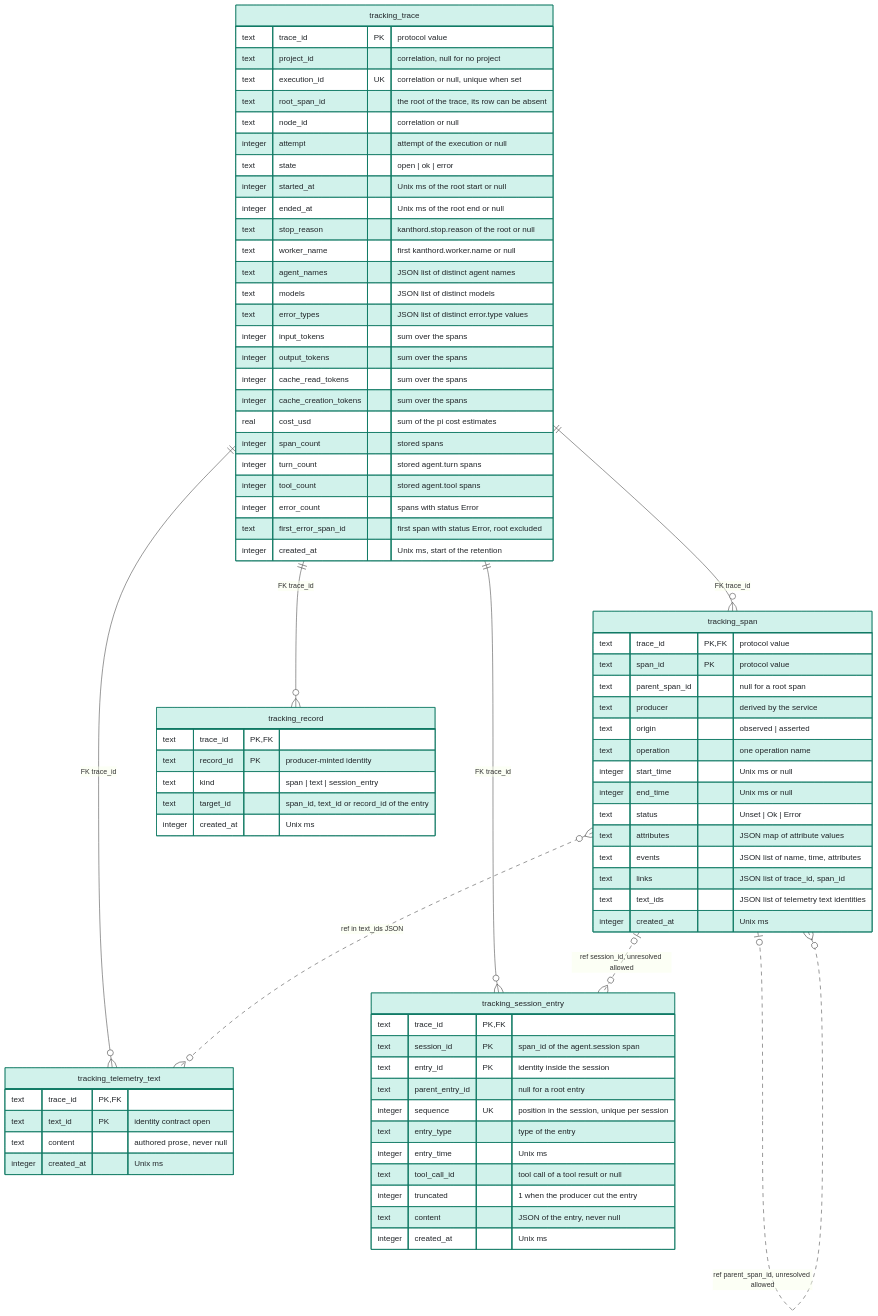
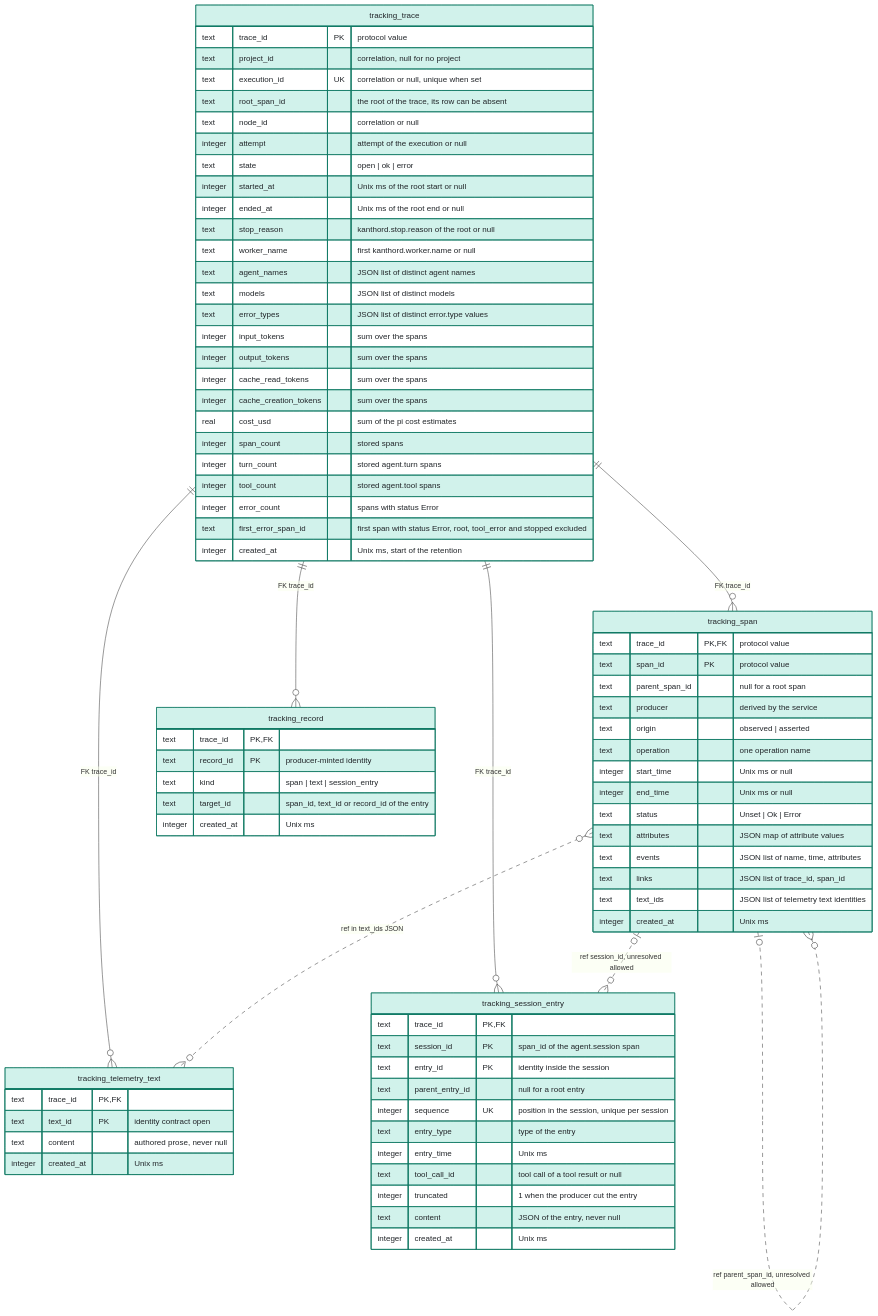
Before and after one commit to kanthorlabs/kanthord: the diagram in docs/reference/erd/04-tracking.md, drawn with Mermaid. The commit also changed 1 other file, not shown here.

Commit message:
docs: align the coder worker page and the ERD comment with the trace rulings

```diff
--- a/docs/reference/erd/04-tracking.md
+++ b/docs/reference/erd/04-tracking.md
@@ -53,7 +53,7 @@
         integer turn_count "stored agent.turn spans"
         integer tool_count "stored agent.tool spans"
         integer error_count "spans with status Error"
-        text first_error_span_id "first span with status Error, root excluded"
+        text first_error_span_id "first span with status Error, root, tool_error and stopped excluded"
         integer created_at "Unix ms, start of the retention"
     }
 
```
